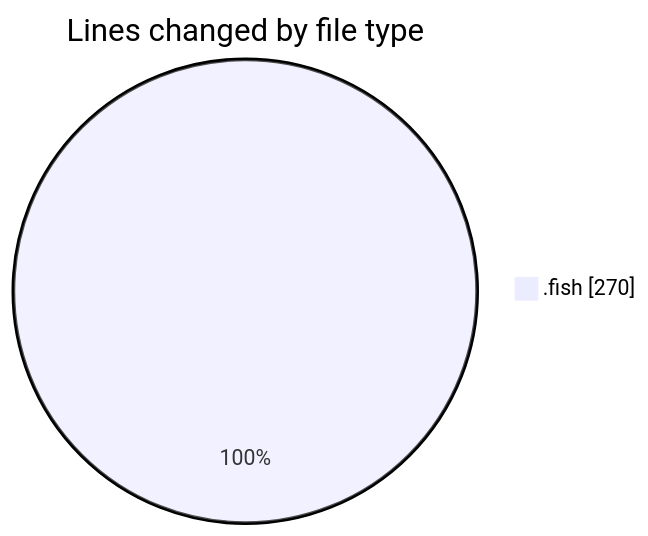
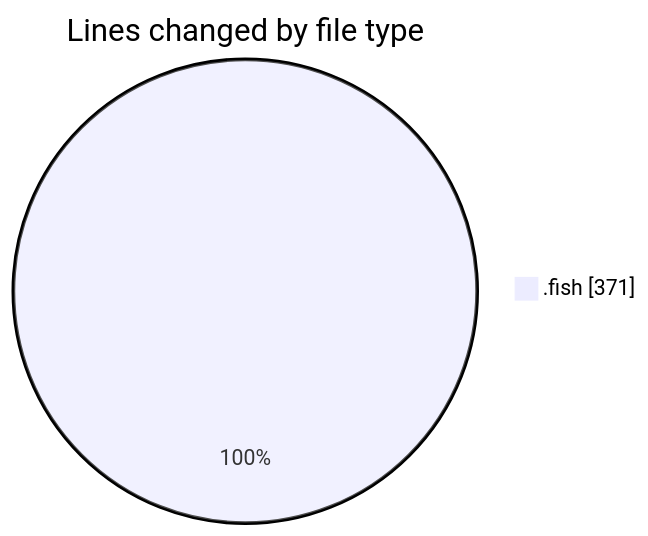
One commit to EIIisD/code-tracking changed the first of 2 diagrams in 2025-07-22/fish/README.md. Above: the diagram before and after it, drawn with Mermaid. The commit also changed other lines of this file and 1 other file, not shown here.

````diff
--- a/2025-07-22/fish/README.md
+++ b/2025-07-22/fish/README.md
@@ -21,5 +22,5 @@
 ```mermaid
 pie showData
 title Lines changed by file type
-".fish" : 270
+".fish" : 371
 ```
````
